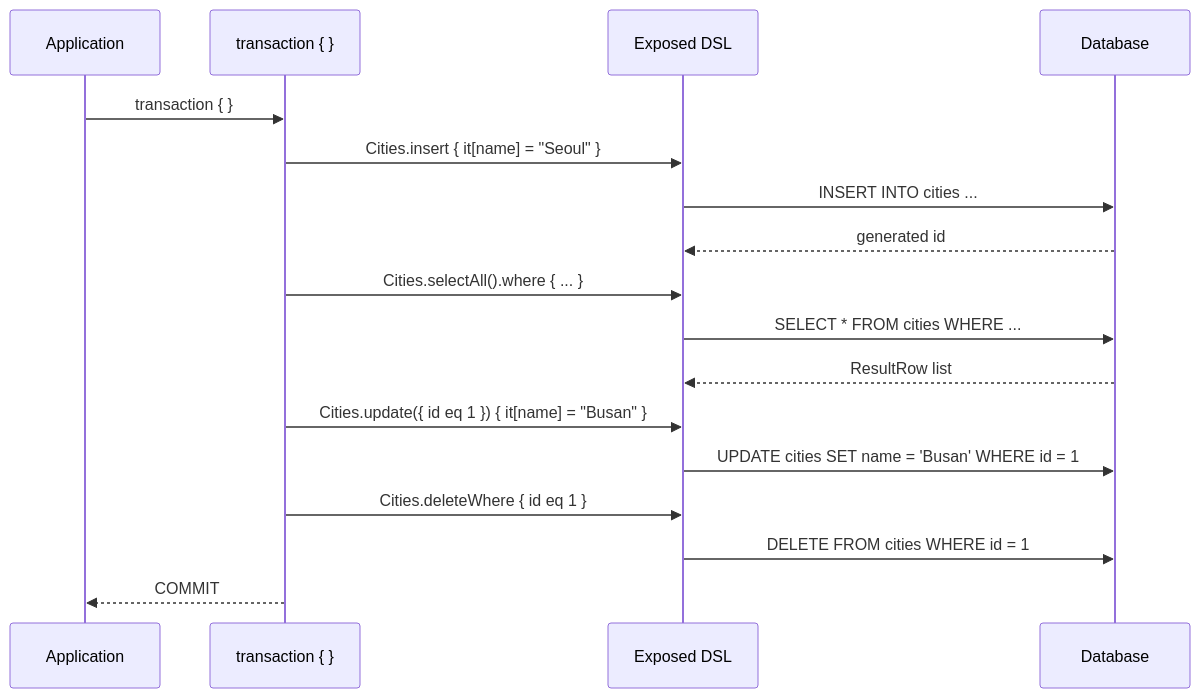
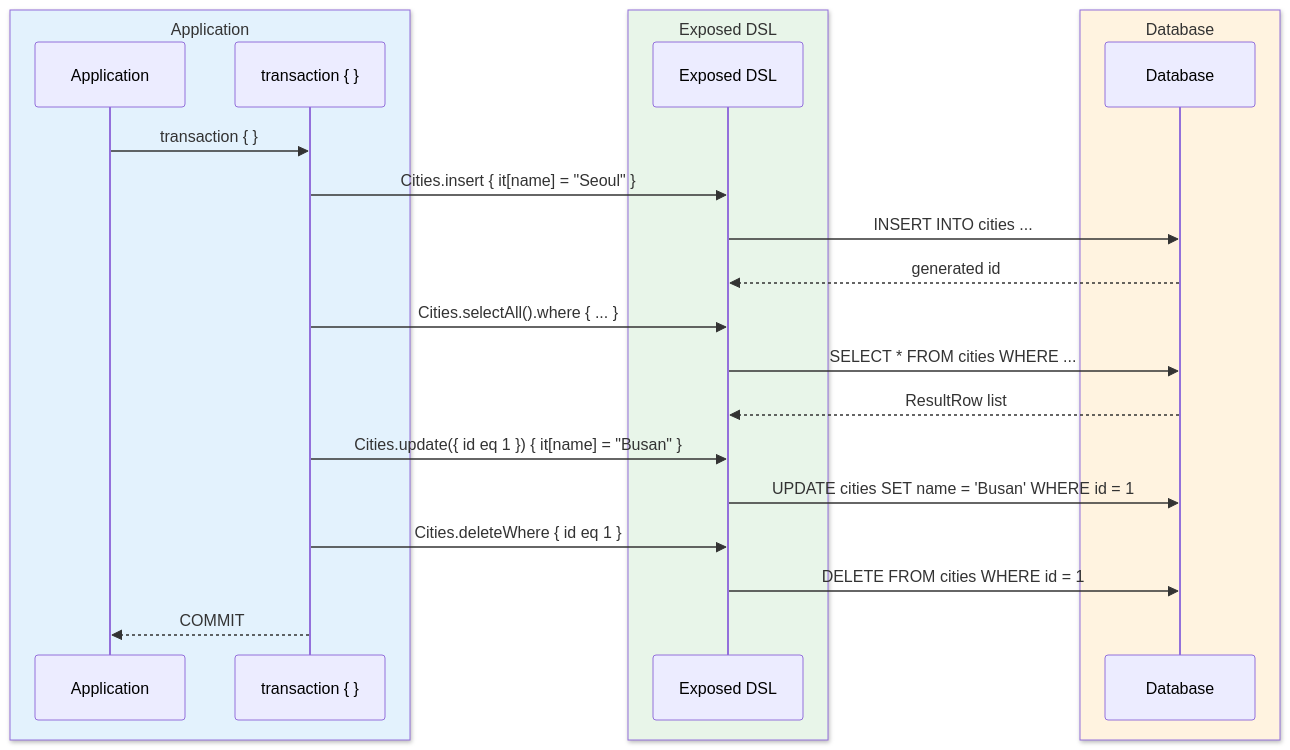
The second of 3 diagrams in 05-exposed-dml/01-dml/README.md (bluetape4k/exposed-workshop), drawn with Mermaid before and after one commit. The commit also changed 43 other files, not shown here.

First line of the commit message:
docs: sequence diagram에 box rgb() 파스텔 영역 적용

````diff
--- a/05-exposed-dml/01-dml/README.md
+++ b/05-exposed-dml/01-dml/README.md
@@ -131,21 +131,27 @@
 ```mermaid
-%%{init: {"theme": "neutral", "themeVariables": {"fontFamily": "'Comic Mono', 'goorm sans code', 'JetBrains Mono', 'goorm sans'", "actorBkg": "#E3F2FD", "actorBorder": "#90CAF9", "actorTextColor": "#1565C0", "actorLineColor": "#90CAF9", "activationBkgColor": "#E8F5E9", "activationBorderColor": "#A5D6A7", "labelBoxBkgColor": "#FFF3E0", "labelBoxBorderColor": "#FFCC80", "labelTextColor": "#E65100", "loopTextColor": "#6A1B9A", "noteBkgColor": "#F3E5F5", "noteBorderColor": "#CE93D8", "noteTextColor": "#6A1B9A", "signalColor": "#1565C0", "signalTextColor": "#1565C0"}}}%%
+%%{init: {"theme": "neutral", "themeVariables": {"fontFamily": "'Comic Mono', 'goorm sans code', 'JetBrains Mono', 'goorm sans'"}}}%%
 sequenceDiagram
-    participant App as Application
-    participant TX as transaction { }
-    participant DSL as Exposed DSL
-    participant DB as Database
+    box rgb(227, 242, 253) Application
+        participant App as Application
+        participant TX as transaction { }
+    end
+    box rgb(232, 245, 233) Exposed DSL
+        participant DSL as Exposed DSL
+    end
+    box rgb(255, 243, 224) Database
+        participant DB as Database
+    end
 
     App ->> TX: transaction { }
     TX ->> DSL: Cities.insert { it[name] = "Seoul" }
     DSL ->> DB: INSERT INTO cities ...
     DB -->> DSL: generated id
     TX ->> DSL: Cities.selectAll().where { ... }
     DSL ->> DB: SELECT * FROM cities WHERE ...
     DB -->> DSL: ResultRow list
     TX ->> DSL: Cities.update({ id eq 1 }) { it[name] = "Busan" }
     DSL ->> DB: UPDATE cities SET name = 'Busan' WHERE id = 1
     TX ->> DSL: Cities.deleteWhere { id eq 1 }
     DSL ->> DB: DELETE FROM cities WHERE id = 1
     TX -->> App: COMMIT
 ```
````
